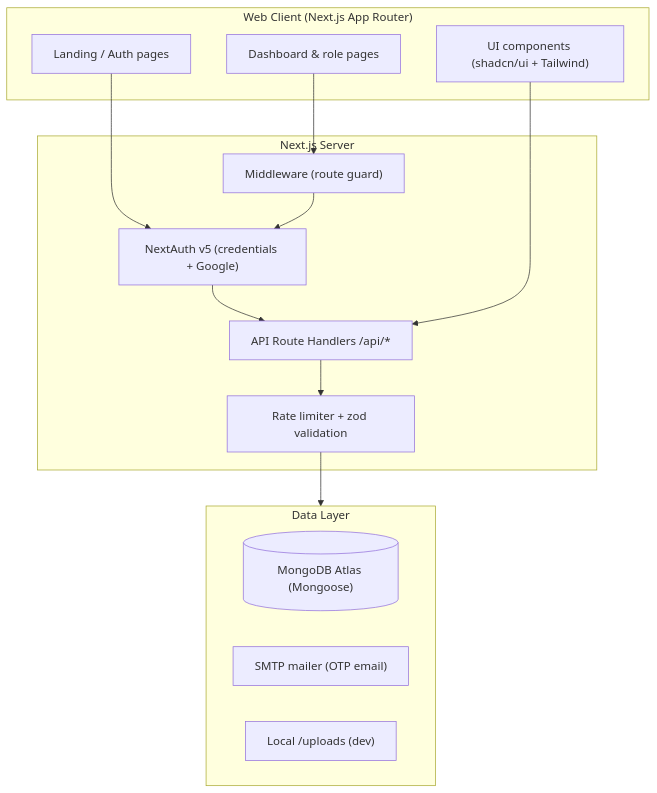
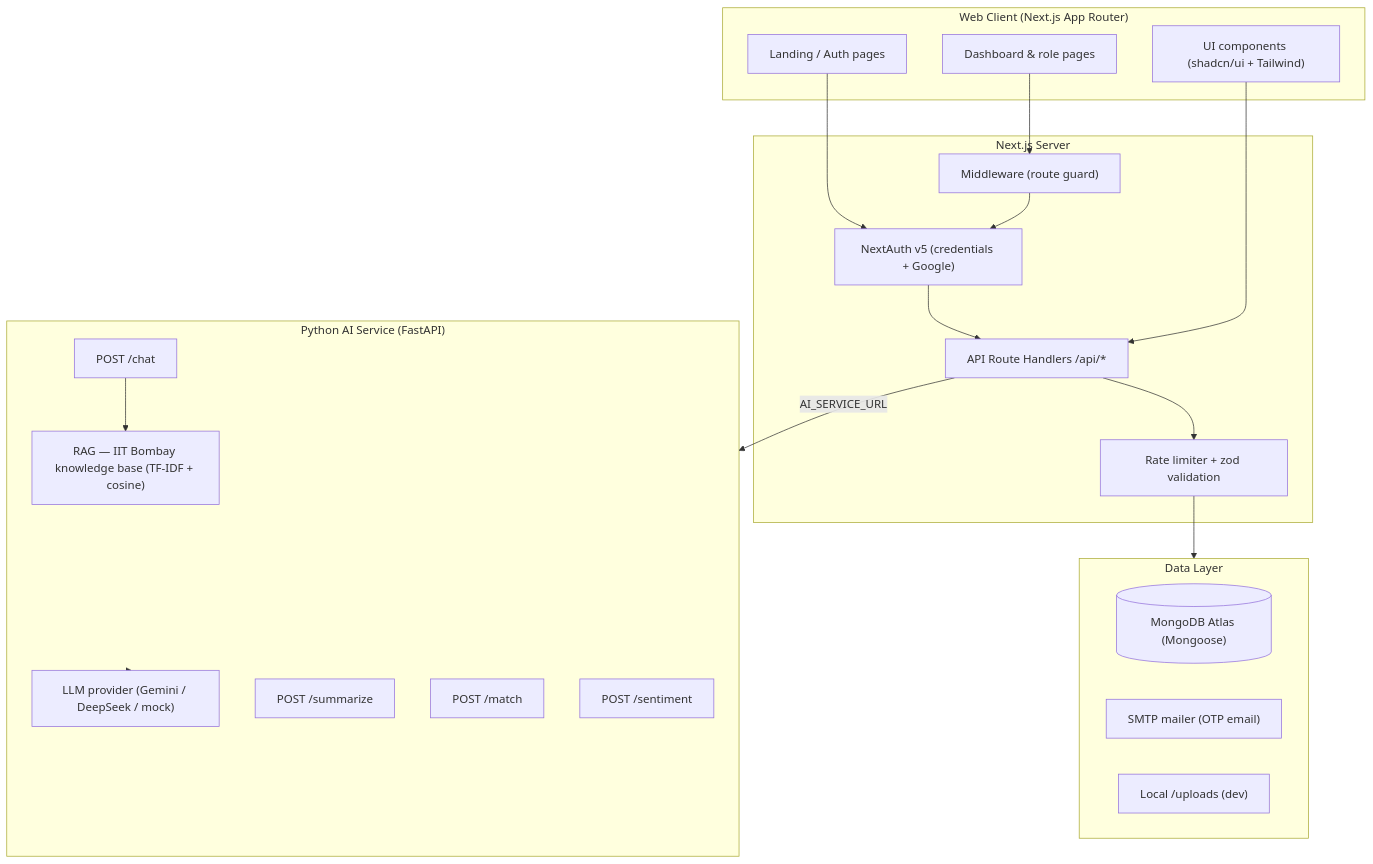
Before and after one commit to AnonymousCoderArtist/IIT-Bombay-Hackathon: the diagram in docs/ARCHITECTURE.md, drawn with Mermaid. The commit also changed other lines of this file and 25 other files, not shown here.

Commit message:
python AI service (IIT Bombay RAG + LLM) aur lecture notes, chatbot add kiya

````diff
--- a/docs/ARCHITECTURE.md
+++ b/docs/ARCHITECTURE.md
@@ -3,29 +3,41 @@
 ```mermaid
 flowchart TB
     subgraph Client["Web Client (Next.js App Router)"]
         LP["Landing / Auth pages"]
         DASH["Dashboard & role pages"]
         UI["UI components (shadcn/ui + Tailwind)"]
     end
 
     subgraph Server["Next.js Server"]
         MW["Middleware (route guard)"]
         AUTH["NextAuth v5 (credentials + Google)"]
         API["API Route Handlers /api/*"]
         RL["Rate limiter + zod validation"]
     end
 
     subgraph Data["Data Layer"]
         MONGO[("MongoDB Atlas (Mongoose)")]
         MAIL["SMTP mailer (OTP email)"]
         UPLOAD["Local /uploads (dev)"]
     end
 
+    subgraph AI["Python AI Service (FastAPI)"]
+        RAG["RAG — IIT Bombay knowledge base (TF-IDF + cosine)"]
+        LLM["LLM provider (Gemini / DeepSeek / mock)"]
+        CHAT["POST /chat"]
+        SUM["POST /summarize"]
+        MATCH["POST /match"]
+        SENT["POST /sentiment"]
+    end
+
     LP --> AUTH
     DASH --> MW
     MW --> AUTH
     AUTH --> API
     API --> RL
     RL --> Data
     UI --> API
+    API -->|AI_SERVICE_URL| AI
+    AI --> LLM
+    CHAT --> RAG
 ```
````
